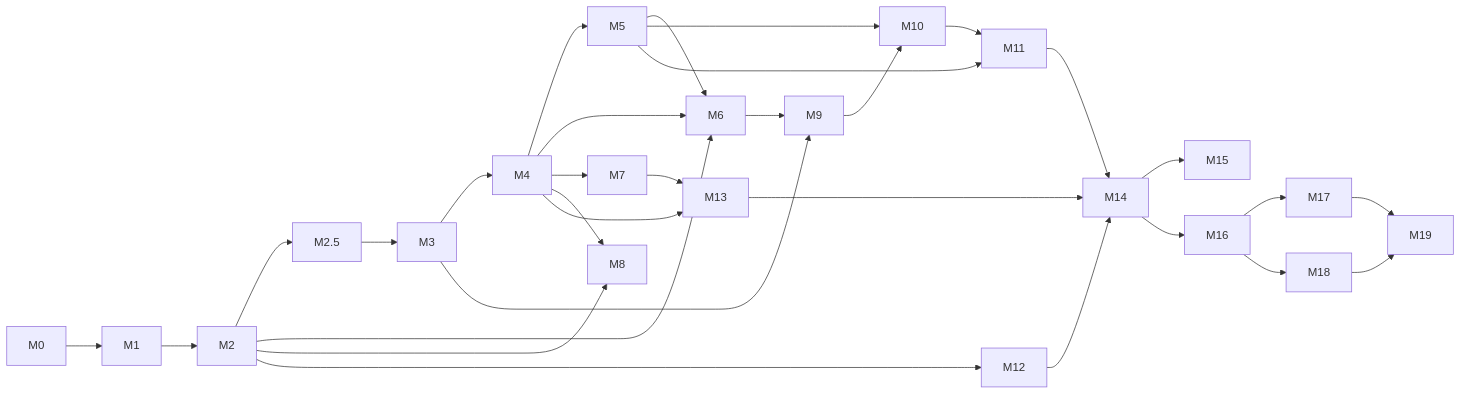
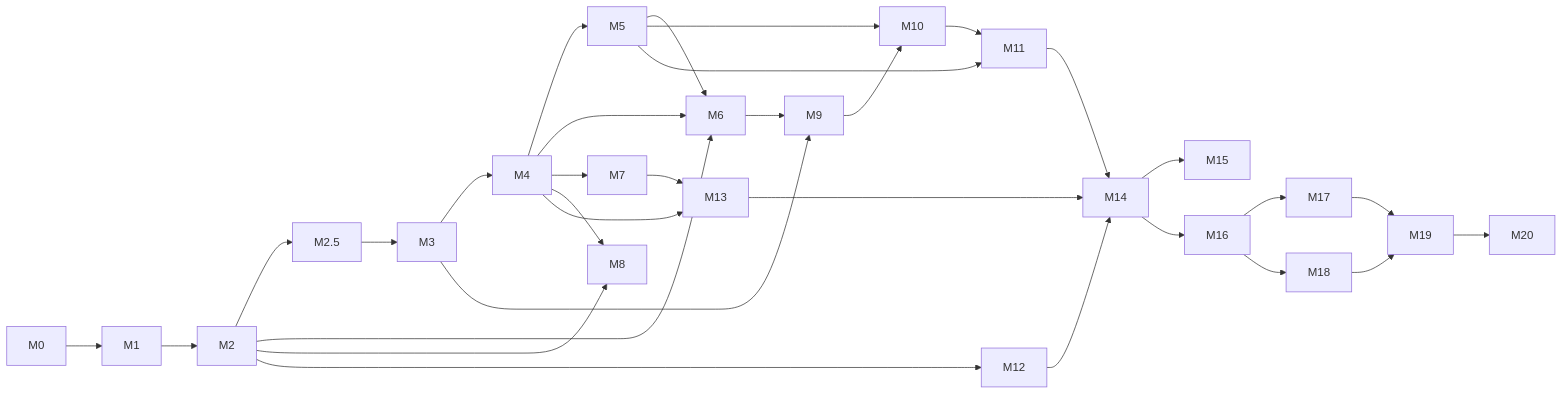
Before and after one commit to vundavallibalakrishna/agentic-runtime: the diagram in docs/09-plan/README.md, drawn with Mermaid. The commit also changed other lines of this file and 210 other files, not shown here.

````diff
--- a/docs/09-plan/README.md
+++ b/docs/09-plan/README.md
@@ -48,28 +49,29 @@
 ```mermaid
 flowchart LR
   M0 --> M1 --> M2 --> M25[M2.5] --> M3 --> M4 --> M5
   M2 --> M6
   M4 --> M6
   M5 --> M6
   M4 --> M7
   M2 --> M8
   M4 --> M8
   M3 --> M9
   M6 --> M9
   M5 --> M10
   M9 --> M10
   M5 --> M11
   M10 --> M11
   M2 --> M12
   M4 --> M13
   M7 --> M13
   M11 --> M14
   M12 --> M14
   M13 --> M14
   M14 --> M15
   M14 --> M16
   M16 --> M17
   M16 --> M18
   M17 --> M19
   M18 --> M19
+  M19 --> M20
 ```
````
